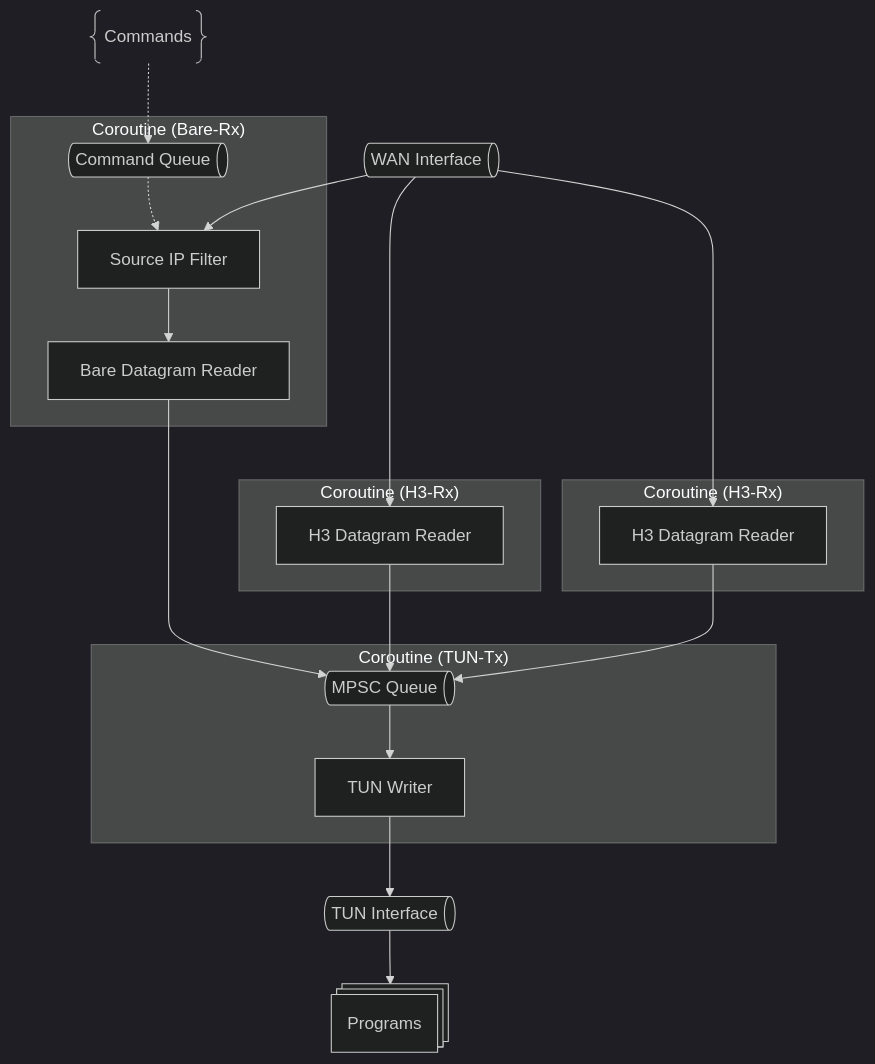
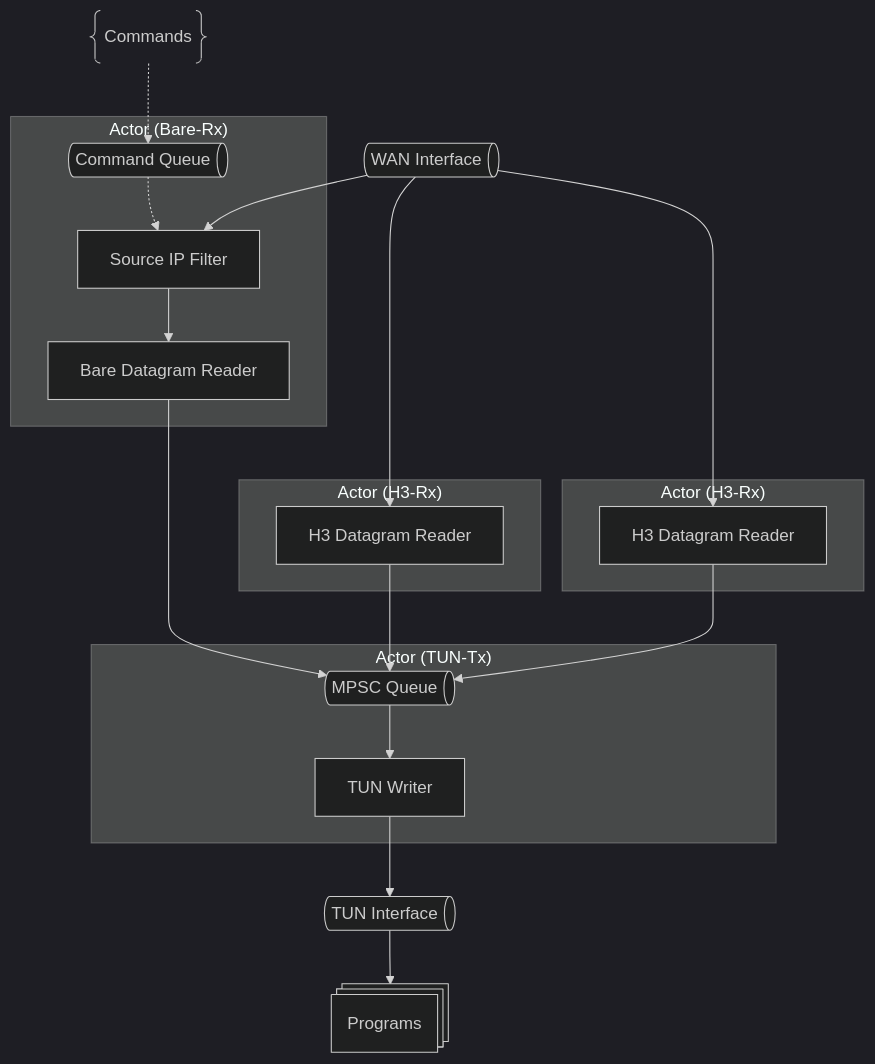
The first of 3 diagrams in docs/internals.md (sands-lab/h3llo), drawn with Mermaid (dark theme) before and after one commit. The commit also changed other lines of this file and 3 other files, not shown here.

````diff
--- a/docs/internals.md
+++ b/docs/internals.md
@@ -32,30 +38,30 @@
 ```mermaid
 flowchart TB
     wan[WAN Interface]@{shape: h-cyl}
     tun[TUN Interface]@{shape: h-cyl}
     prog[Programs]@{shape: processes}
     cmd["Commands"]@{shape: braces}
 
-    subgraph cr-h3-1["Coroutine (H3-Rx)"]
+    subgraph cr-h3-1["Actor (H3-Rx)"]
         hr1[H3 Datagram Reader]
     end
 
-    subgraph cr-h3-2["Coroutine (H3-Rx)"]
+    subgraph cr-h3-2["Actor (H3-Rx)"]
         hr2[H3 Datagram Reader]
     end
 
-    subgraph cr-bare["Coroutine (Bare-Rx)"]
+    subgraph cr-bare["Actor (Bare-Rx)"]
         bq[Command Queue]@{shape: h-cyl}
         bsf[Source IP Filter]
         br[Bare Datagram Reader]
     end
 
-    subgraph cr-tun["Coroutine (TUN-Tx)"]
+    subgraph cr-tun["Actor (TUN-Tx)"]
         tq[MPSC Queue]@{shape: h-cyl}
         tw[TUN Writer]
     end
 
     wan --> bsf --> br ---> tq --> tw --> tun --> prog
     wan --> hr1 & hr2 --> tq
     cmd -.-> bq -.-> bsf
 ```
````
